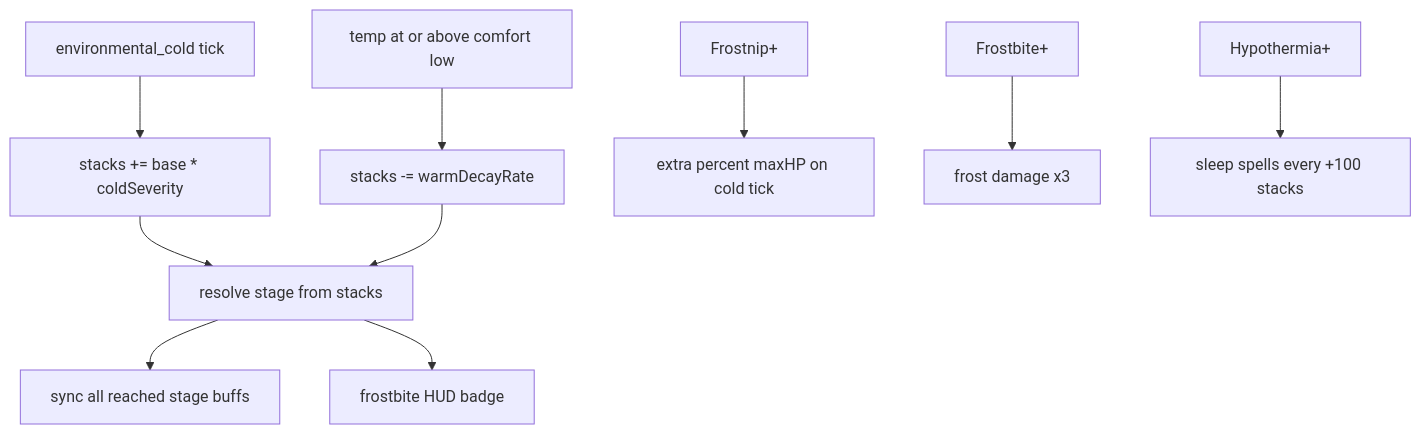
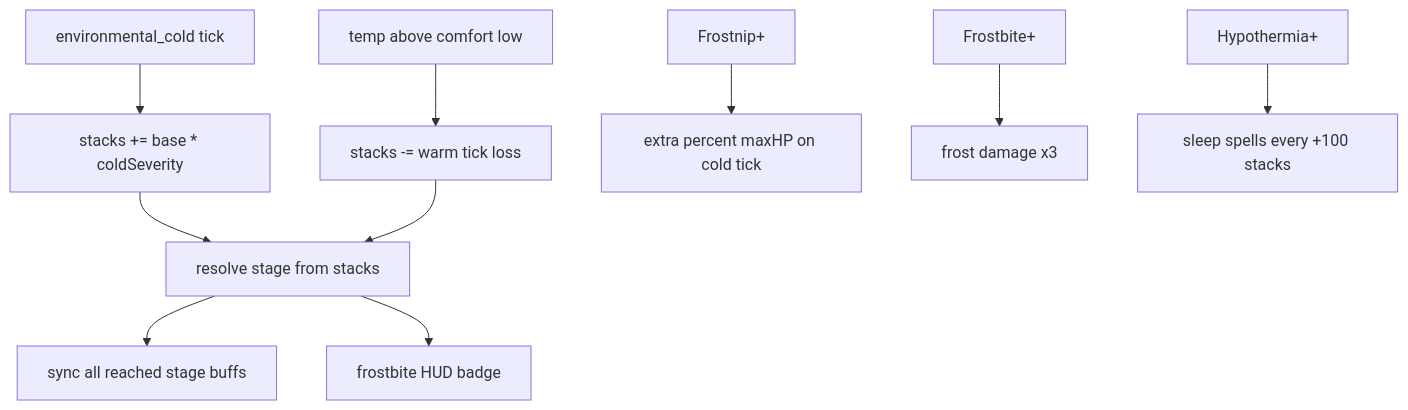
The diagram in gameplay/mechanics/frostbite/mechanics.md (Jayrr-Dev/reigncraft), drawn with Mermaid before and after one commit. The commit also changed other lines of this file and 9 other files, not shown here.

First line of the commit message:
Refactor frostbite warm decay to mirror cold gain mechanics

````diff
--- a/gameplay/mechanics/frostbite/mechanics.md
+++ b/gameplay/mechanics/frostbite/mechanics.md
@@ -5,12 +5,12 @@
 ```mermaid
 flowchart TD
   coldTick["environmental_cold tick"] --> gain["stacks += base * coldSeverity"]
-  warm["temp at or above comfort low"] --> decay["stacks -= warmDecayRate"]
+  warm["temp above comfort low"] --> decay["stacks -= warm tick loss"]
   gain --> stage["resolve stage from stacks"]
   decay --> stage
   stage --> buffs["sync all reached stage buffs"]
   stage --> hud["frostbite HUD badge"]
   frostnip["Frostnip+"] --> pct["extra percent maxHP on cold tick"]
   frostbiteStage["Frostbite+"] --> dbl["frost damage x3"]
   hypo["Hypothermia+"] --> sleep["sleep spells every +100 stacks"]
 ```
````
